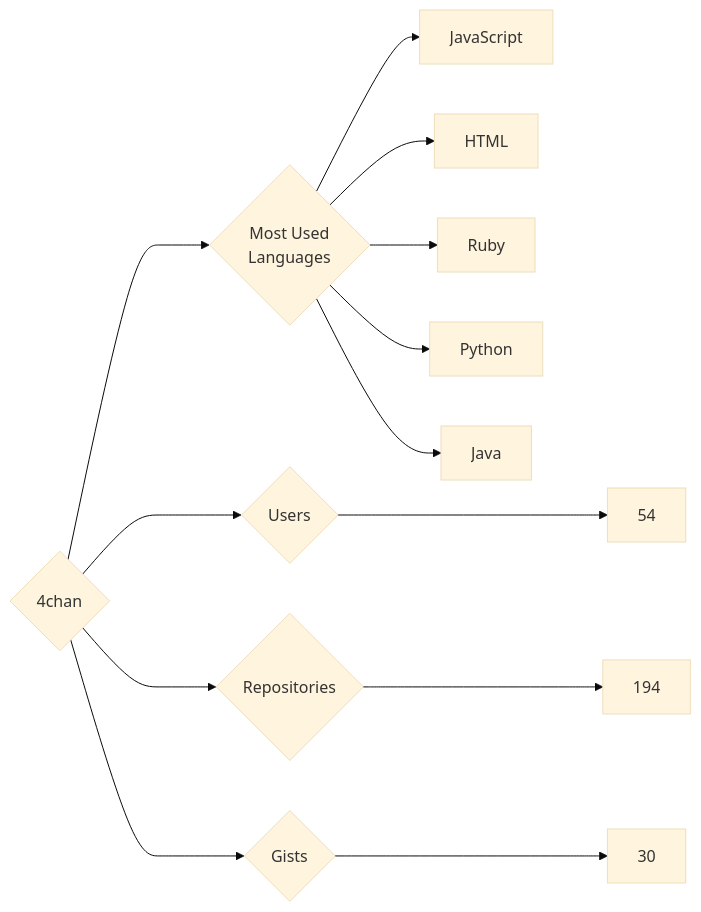
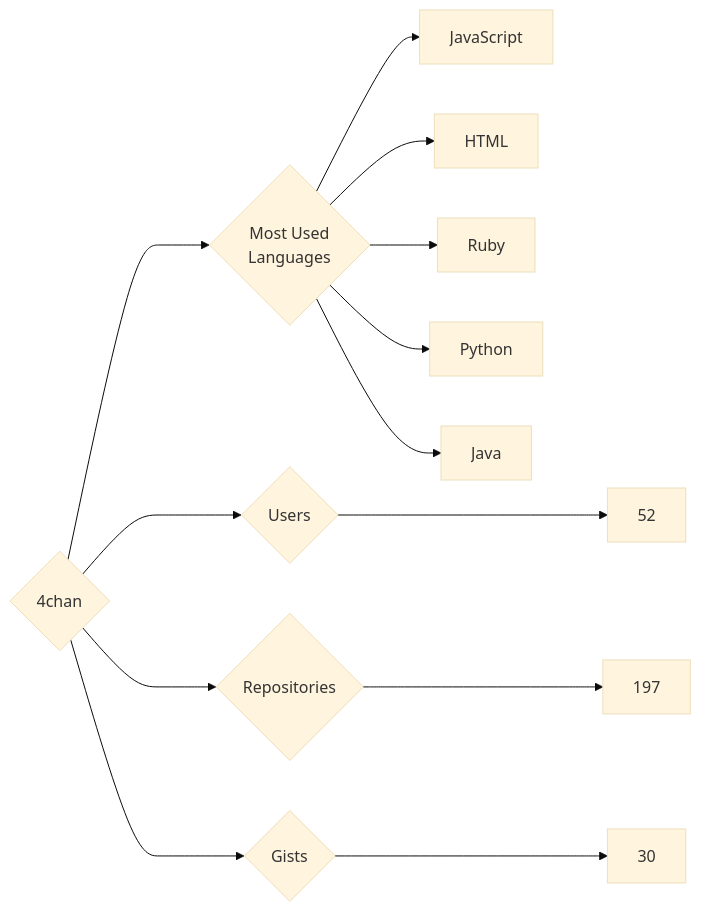
The diagram in targets/4chan/README.md (trickest/insiders), drawn with Mermaid (base theme) before and after one commit. The commit also changed 1212 other files, not shown here.

````diff
--- a/targets/4chan/README.md
+++ b/targets/4chan/README.md
@@ -3,13 +3,13 @@
 ```mermaid
 graph LR
 COMPANY_NAME{4chan}
-COMPANY_NAME ---> U{Users} ---> UN[54]
-COMPANY_NAME ---> R{Repositories} ---> RN[194]
+COMPANY_NAME ---> U{Users} ---> UN[52]
+COMPANY_NAME ---> R{Repositories} ---> RN[197]
 COMPANY_NAME ---> G{Gists} ---> GN[30]
 COMPANY_NAME ---> ML{Most Used<br>Languages}
 ML --> JavaScript[JavaScript]
 ML --> HTML[HTML]
 ML --> Ruby[Ruby]
 ML --> Python[Python]
 ML --> Java[Java]
 ```
````
